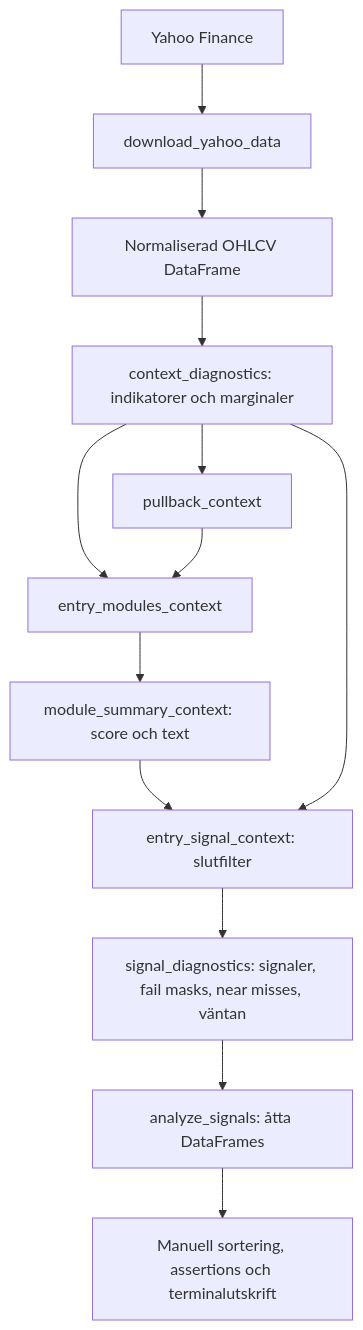
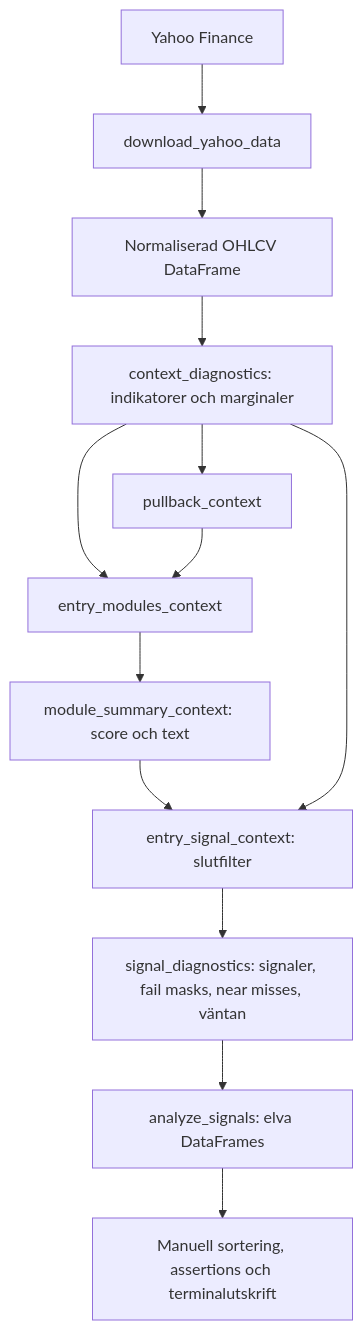
The second of 2 diagrams in ARCHITECTURE.md (virrew/trust-me-python), drawn with Mermaid before and after one commit. The commit also changed other lines of this file and 2 other files, not shown here.

````diff
--- a/ARCHITECTURE.md
+++ b/ARCHITECTURE.md
@@ -161,15 +161,15 @@
 ```mermaid
 flowchart TD
     Y[Yahoo Finance] --> DL[download_yahoo_data]
     DL --> O[Normaliserad OHLCV DataFrame]
     O --> CT[context_diagnostics: indikatorer och marginaler]
     CT --> PB[pullback_context]
     CT --> EM[entry_modules_context]
     PB --> EM
     EM --> SC[module_summary_context: score och text]
     SC --> FS[entry_signal_context: slutfilter]
     CT --> FS
     FS --> SD[signal_diagnostics: signaler, fail masks, near misses, väntan]
-    SD --> AN[analyze_signals: åtta DataFrames]
+    SD --> AN[analyze_signals: elva DataFrames]
     AN --> OUT[Manuell sortering, assertions och terminalutskrift]
 ```
````
